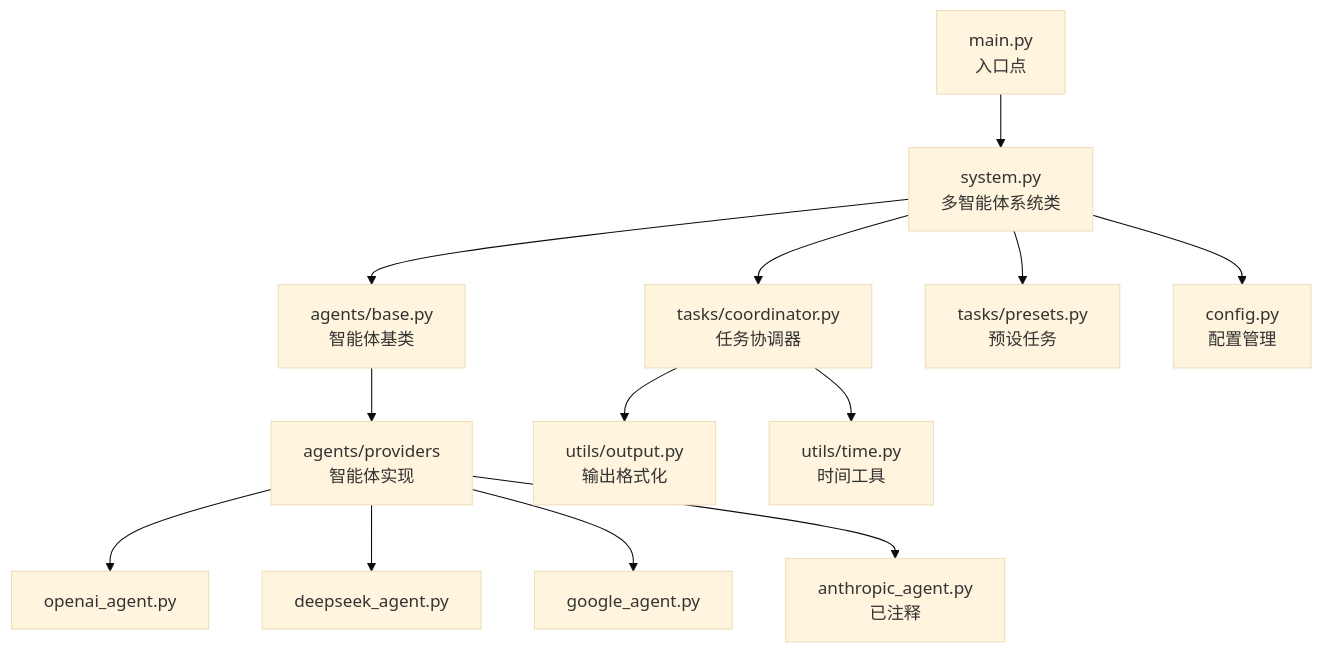
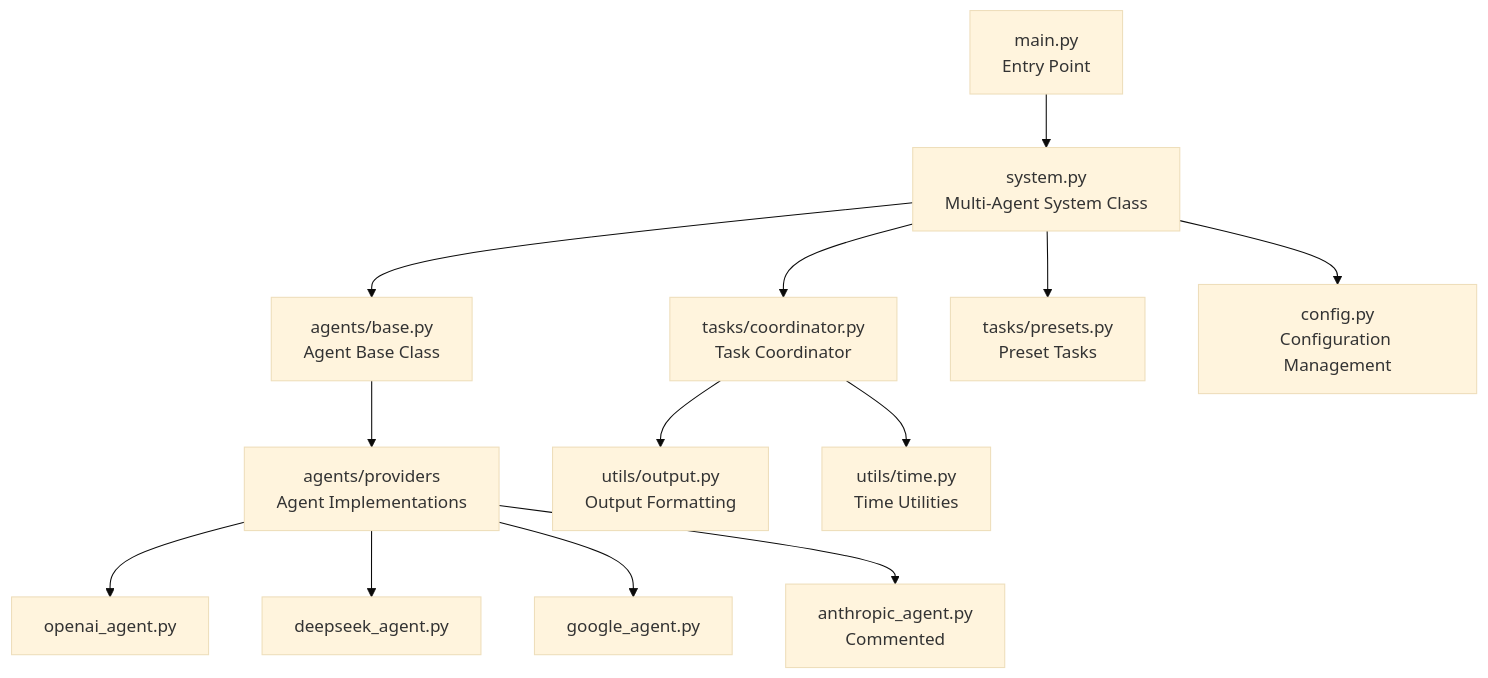
The first of 3 diagrams in README.md (xding2/Multi-Agent-System), drawn with Mermaid (base theme) before and after one commit. The commit also changed other lines of this file, not shown here.

````diff
--- a/README.md
+++ b/README.md
@@ -10,19 +14,18 @@
 ```mermaid
 graph TD
-    A[main.py<br>入口点] --> B[system.py<br>多智能体系统类]
-    B --> C[agents/base.py<br>智能体基类]
-    B --> D[tasks/coordinator.py<br>任务协调器]
-    B --> E[tasks/presets.py<br>预设任务]
+    A[main.py<br>Entry Point] --> B[system.py<br>Multi-Agent System Class]
+    B --> C[agents/base.py<br>Agent Base Class]
+    B --> D[tasks/coordinator.py<br>Task Coordinator]
+    B --> E[tasks/presets.py<br>Preset Tasks]
 
-    C --> F[agents/providers<br>智能体实现]
+    C --> F[agents/providers<br>Agent Implementations]
     F --> G[openai_agent.py]
     F --> H[deepseek_agent.py]
     F --> I[google_agent.py]
-    F --> J[anthropic_agent.py<br>已注释]
+    F --> J[anthropic_agent.py<br>Commented]
 
-    D --> K[utils/output.py<br>输出格式化]
-    D --> L[utils/time.py<br>时间工具]
+    D --> K[utils/output.py<br>Output Formatting]
+    D --> L[utils/time.py<br>Time Utilities]
 
-    B --> M[config.py<br>配置管理]
-
+    B --> M[config.py<br>Configuration Management]
 ```
````
